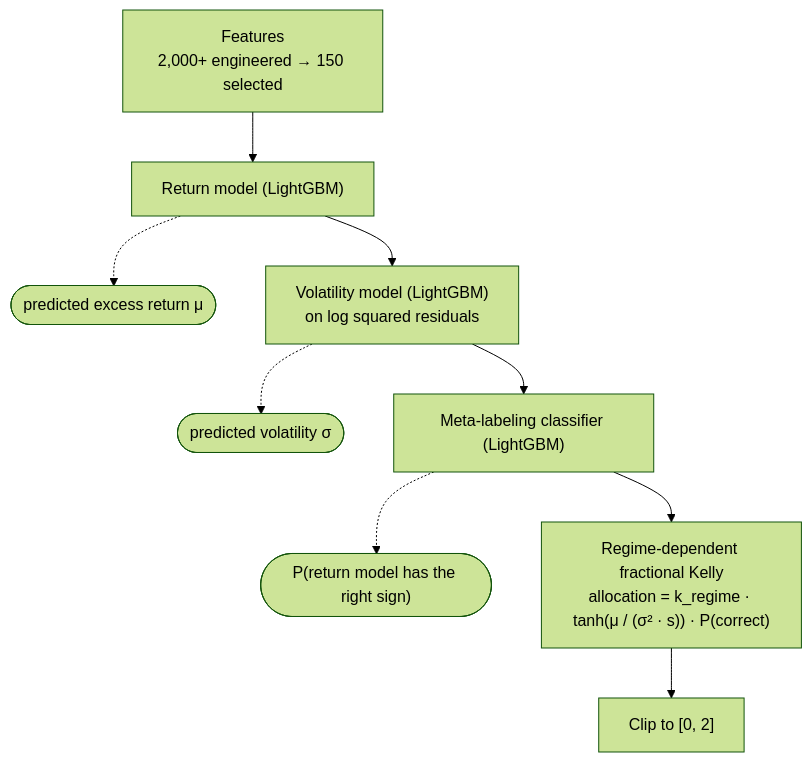
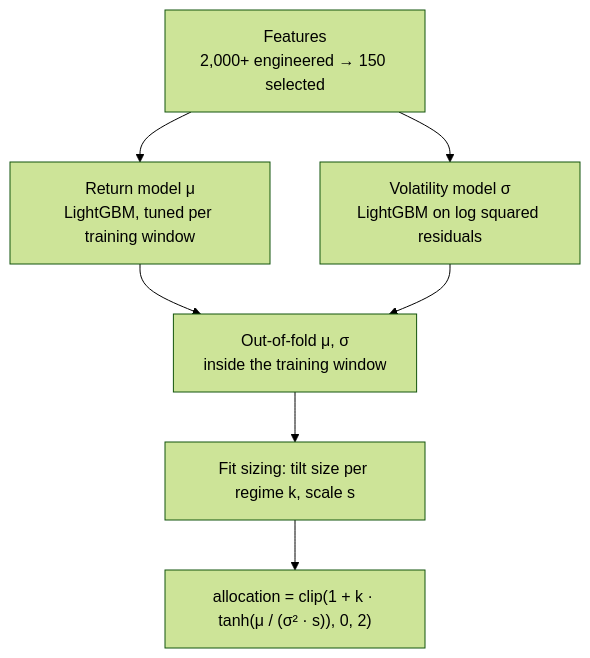
Before and after one commit to MarcosSaade/optimal-sp500: the diagram in README.md, drawn with Mermaid (forest theme). The commit also changed other lines of this file and 72 other files, not shown here.

````diff
--- a/README.md
+++ b/README.md
@@ -12,11 +60,9 @@
 ```mermaid
 flowchart TD
-    F["Features<br/>2,000+ engineered → 150 selected"] --> R["Return model (LightGBM)"]
-    R -.-> MU(["predicted excess return μ"])
-    R --> V["Volatility model (LightGBM)<br/>on log squared residuals"]
-    V -.-> SIG(["predicted volatility σ"])
-    V --> M["Meta-labeling classifier (LightGBM)"]
-    M -.-> P(["P(return model has the right sign)"])
-    M --> K["Regime-dependent fractional Kelly<br/>allocation = k_regime · tanh(μ / (σ² · s)) · P(correct)"]
-    K --> C["Clip to [0, 2]"]
+    F["Features<br/>2,000+ engineered → 150 selected"] --> R["Return model μ<br/>LightGBM, tuned per training window"]
+    F --> V["Volatility model σ<br/>LightGBM on log squared residuals"]
+    R --> O["Out-of-fold μ, σ<br/>inside the training window"]
+    V --> O
+    O --> S["Fit sizing: tilt size per regime k, scale s"]
+    S --> A["allocation = clip(1 + k · tanh(μ / (σ² · s)), 0, 2)"]
 ```
````
